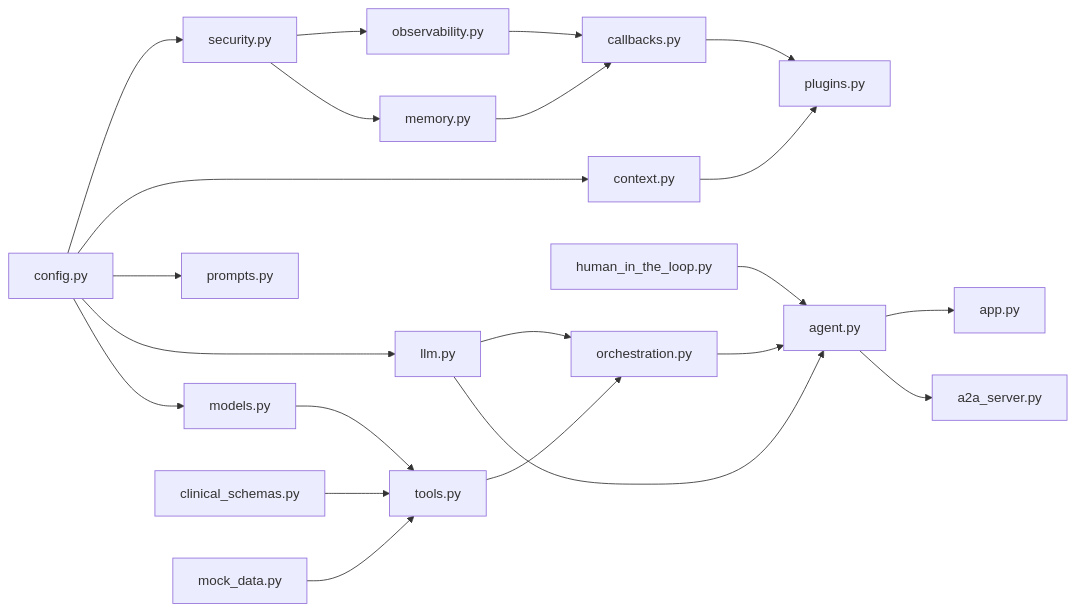
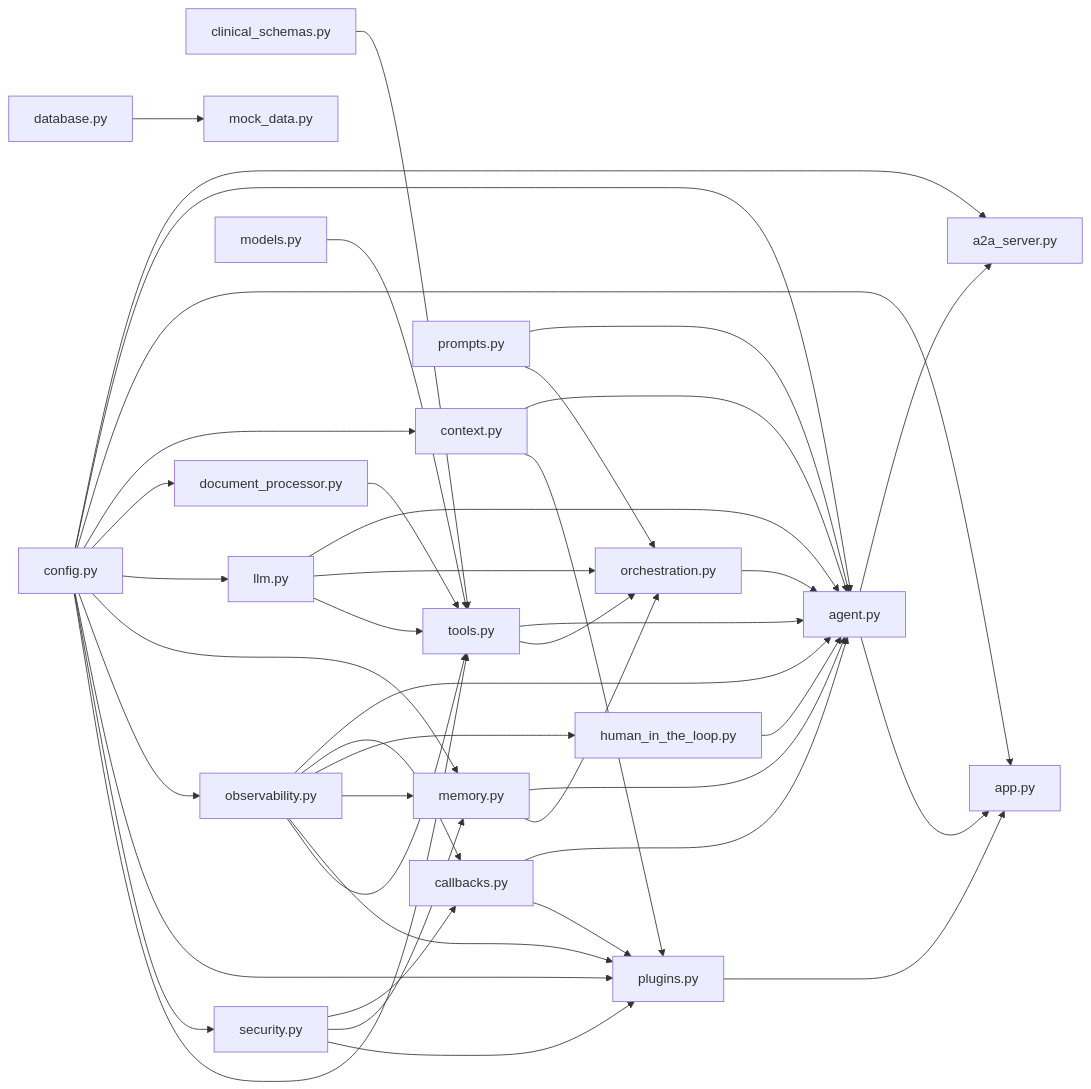
Before and after one commit to GeorgiNaydenov/Google-Capstone-Project: the diagram in Project Wiki/02 Architecture/Module Dependency Graph.md, drawn with Mermaid. The commit also changed 64 other files, not shown here.

````diff
--- a/Project Wiki/02 Architecture/Module Dependency Graph.md
+++ b/Project Wiki/02 Architecture/Module Dependency Graph.md
@@ -18,43 +18,66 @@
 ```mermaid
 flowchart LR
-    config[config.py]
-    models[models.py]
-    security[security.py]
-    observability[observability.py]
-    memory[memory.py]
-    context[context.py]
-    llm[llm.py]
-    prompts[prompts.py]
-    callbacks[callbacks.py]
-    plugins[plugins.py]
-    orchestration[orchestration.py]
-    hitl[human_in_the_loop.py]
-    tools[tools.py]
-    schemas[clinical_schemas.py]
-    mock[mock_data.py]
+    a2a_server[a2a_server.py]
     agent[agent.py]
     app[app.py]
-    a2a[a2a_server.py]
+    callbacks[callbacks.py]
+    clinical_schemas[clinical_schemas.py]
+    config[config.py]
+    context[context.py]
+    database[database.py]
+    document_processor[document_processor.py]
+    human_in_the_loop[human_in_the_loop.py]
+    llm[llm.py]
+    memory[memory.py]
+    mock_data[mock_data.py]
+    models[models.py]
+    observability[observability.py]
+    orchestration[orchestration.py]
+    plugins[plugins.py]
+    prompts[prompts.py]
+    security[security.py]
+    tools[tools.py]
 
-    config --> models
+    agent --> a2a_server
+    agent --> app
+    callbacks --> agent
+    callbacks --> plugins
+    clinical_schemas --> tools
+    config --> a2a_server
+    config --> agent
+    config --> app
+    config --> context
+    config --> document_processor
+    config --> llm
+    config --> memory
+    config --> observability
+    config --> plugins
     config --> security
-    config --> context
-    config --> llm
-    config --> prompts
-    security --> observability
+    config --> tools
+    context --> agent
+    context --> plugins
+    database --> mock_data
+    document_processor --> tools
+    human_in_the_loop --> agent
+    llm --> agent
+    llm --> orchestration
+    llm --> tools
+    memory --> agent
+    memory --> orchestration
+    models --> tools
+    observability --> agent
+    observability --> callbacks
+    observability --> human_in_the_loop
+    observability --> memory
+    observability --> plugins
+    observability --> tools
+    orchestration --> agent
+    plugins --> app
+    prompts --> agent
+    prompts --> orchestration
+    security --> callbacks
     security --> memory
-    models --> tools
-    schemas --> tools
-    mock --> tools
-    observability --> callbacks
-    memory --> callbacks
-    callbacks --> plugins
-    context --> plugins
-    llm --> orchestration
+    security --> plugins
+    tools --> agent
     tools --> orchestration
-    hitl --> agent
-    orchestration --> agent
-    llm --> agent
-    agent --> app
-    agent --> a2a
 ```
````
